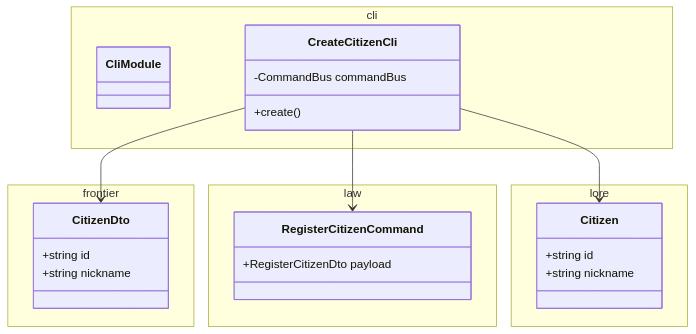
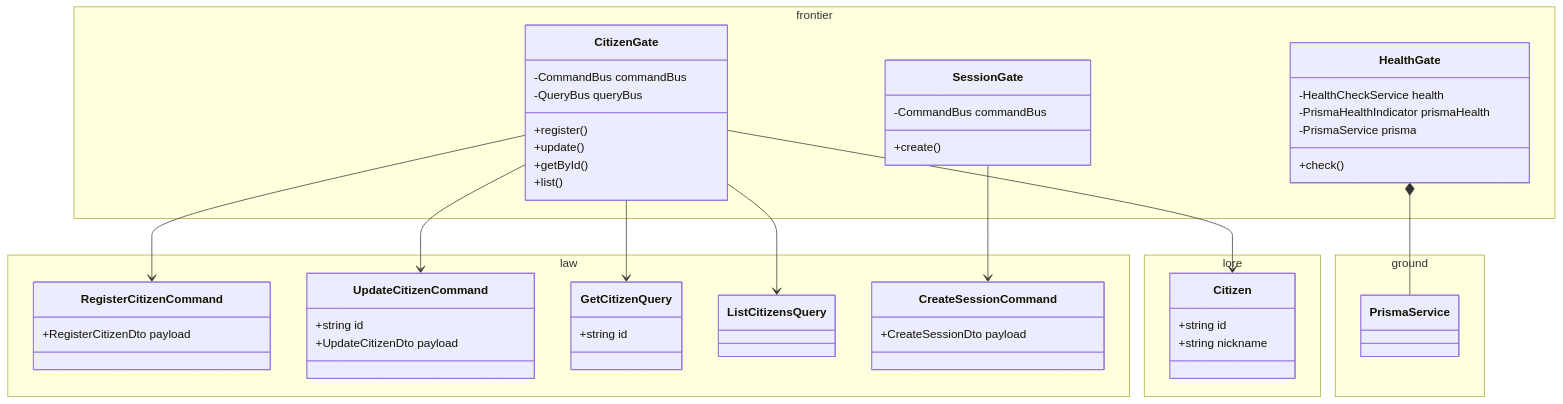
The first of 4 diagrams in realms/citizen/README.md (pslotinsky/decay-of-magic), drawn with Mermaid before and after one commit. The commit also changed other lines of this file and 38 other files, not shown here.

````diff
--- a/realms/citizen/README.md
+++ b/realms/citizen/README.md
@@ -31,31 +31,56 @@
 ```mermaid
 classDiagram
-  namespace cli {
-    class CliModule
-    class CreateCitizenCli {
+  namespace frontier {
+    class CitizenGate {
+      -CommandBus commandBus
+      -QueryBus queryBus
+      +register()
+      +update()
+      +getById()
+      +list()
+    }
+    class HealthGate {
+      -HealthCheckService health
+      -PrismaHealthIndicator prismaHealth
+      -PrismaService prisma
+      +check()
+    }
+    class SessionGate {
       -CommandBus commandBus
       +create()
-    }
-  }
-  namespace frontier {
-    class CitizenDto {
-      +string id
-      +string nickname
     }
   }
   namespace law {
     class RegisterCitizenCommand {
       +RegisterCitizenDto payload
+    }
+    class UpdateCitizenCommand {
+      +string id
+      +UpdateCitizenDto payload
+    }
+    class GetCitizenQuery {
+      +string id
+    }
+    class ListCitizensQuery
+    class CreateSessionCommand {
+      +CreateSessionDto payload
     }
   }
   namespace lore {
     class Citizen {
       +string id
       +string nickname
     }
   }
+  namespace ground {
+    class PrismaService
+  }
 
-  CreateCitizenCli --> CitizenDto
-  CreateCitizenCli --> RegisterCitizenCommand
-  CreateCitizenCli --> Citizen
+  CitizenGate --> RegisterCitizenCommand
+  CitizenGate --> UpdateCitizenCommand
+  CitizenGate --> GetCitizenQuery
+  CitizenGate --> ListCitizensQuery
+  CitizenGate --> Citizen
+  HealthGate *-- PrismaService
+  SessionGate --> CreateSessionCommand
 ```
````
